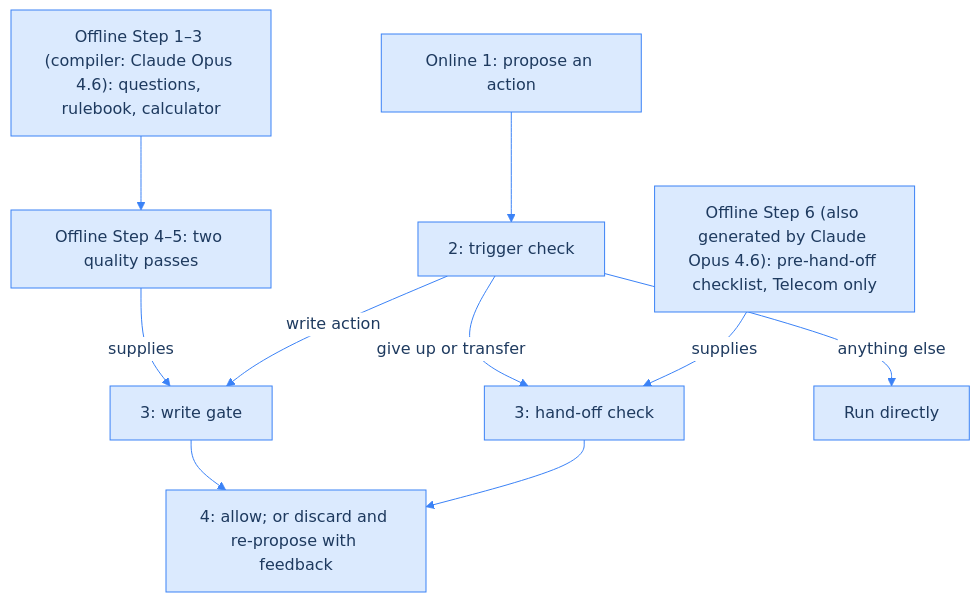
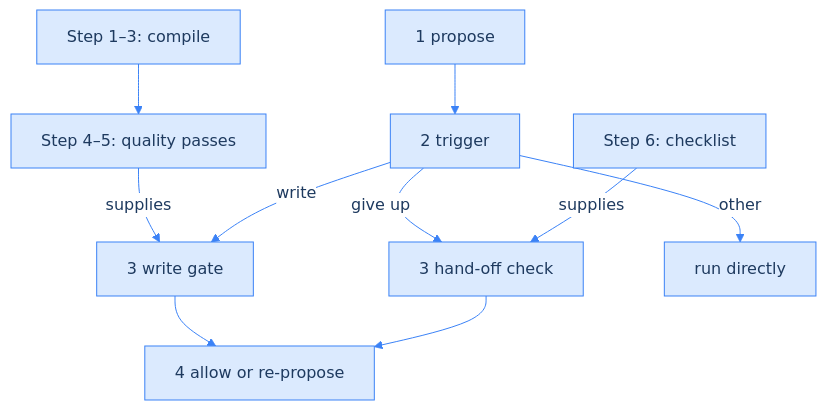
Before and after one commit to johnnyhwu/johnnyhwu.github.io: the first of 3 diagrams in content/posts/paper-intro/jevact/index.en.md, drawn with Mermaid. The commit also changed other lines of this file and 3 other files, not shown here.

Commit message:
jevact: shorter map labels; three side-by-side diagrams become tables for phone legibility

````diff
--- a/content/posts/paper-intro/jevact/index.en.md
+++ b/content/posts/paper-intro/jevact/index.en.md
@@ -67,22 +67,22 @@
 ```mermaid
 %%{init: {'theme':'base', 'themeVariables': { 'primaryColor':'#dbeafe', 'primaryBorderColor':'#3b82f6', 'primaryTextColor':'#1e3a5f', 'lineColor':'#3b82f6', 'secondaryColor':'#eff6ff', 'tertiaryColor':'#eff6ff', 'clusterBkg':'#eff6ff', 'clusterBorder':'#93c5fd', 'edgeLabelBackground':'#ffffff' }}}%%
 graph TD
-    A["Offline Step 1–3 (compiler: Claude Opus 4.6): questions, rulebook, calculator"]
-    A2["Offline Step 4–5: two quality passes"]
-    B["Offline Step 6 (also generated by Claude Opus 4.6): pre-hand-off checklist, Telecom only"]
-    P["Online 1: propose an action"]
-    T["2: trigger check"]
-    W["3: write gate"]
-    H["3: hand-off check"]
-    X["Run directly"]
-    R["4: allow; or discard and re-propose with feedback"]
+    A["Step 1–3: compile"]
+    A2["Step 4–5: quality passes"]
+    B["Step 6: checklist"]
+    P["1 propose"]
+    T["2 trigger"]
+    W["3 write gate"]
+    H["3 hand-off check"]
+    X["run directly"]
+    R["4 allow or re-propose"]
     A --> A2
     A2 -->|supplies| W
     P --> T
-    T -->|write action| W
-    T -->|give up or transfer| H
-    T -->|anything else| X
+    T -->|write| W
+    T -->|give up| H
+    T -->|other| X
     W --> R
     H --> R
     B -->|supplies| H
 ```
````
